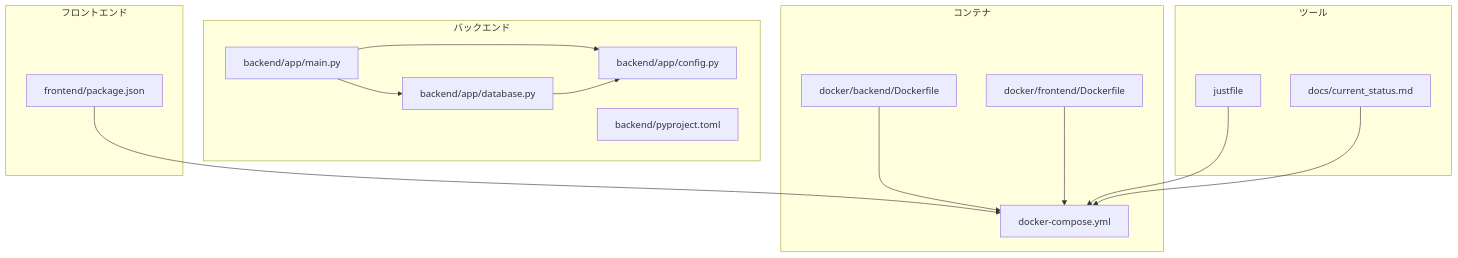
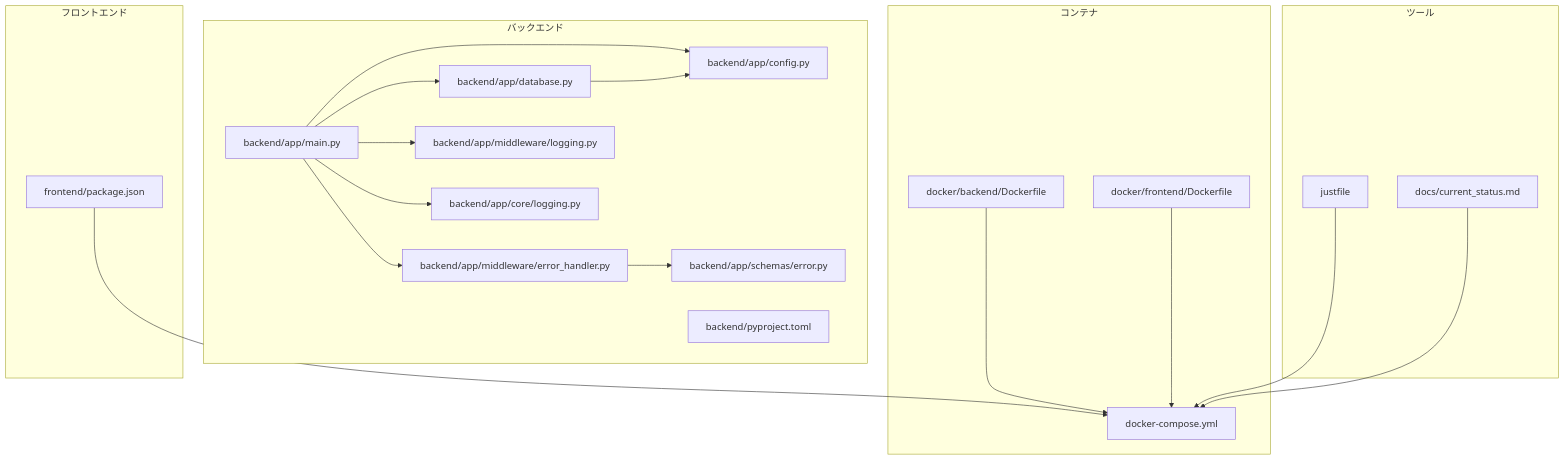
One commit to ss8806/Todos changed the first of 3 diagrams in .qoder/repowiki/ja/content/トラブルシューティング.md. Above: the diagram before and after it, drawn with Mermaid. The commit also changed other lines of this file and 6 other files, not shown here.

````diff
--- a/.qoder/repowiki/ja/content/トラブルシューティング.md
+++ b/.qoder/repowiki/ja/content/トラブルシューティング.md
@@ -35,29 +50,37 @@
 ```mermaid
 graph TB
 subgraph "バックエンド"
 BE_MAIN["backend/app/main.py"]
 BE_CONFIG["backend/app/config.py"]
 BE_DB["backend/app/database.py"]
 BE_PYPROJECT["backend/pyproject.toml"]
+BE_ERROR_HANDLER["backend/app/middleware/error_handler.py"]
+BE_LOGGING_MIDDLEWARE["backend/app/middleware/logging.py"]
+BE_ERROR_SCHEMA["backend/app/schemas/error.py"]
+BE_CORE_LOGGING["backend/app/core/logging.py"]
 end
 subgraph "フロントエンド"
 FE_PKG["frontend/package.json"]
 end
 subgraph "コンテナ"
 DOCKER_BE["docker/backend/Dockerfile"]
 DOCKER_FE["docker/frontend/Dockerfile"]
 COMPOSE["docker-compose.yml"]
 end
 subgraph "ツール"
 JUST["justfile"]
 DOCS["docs/current_status.md"]
 end
 BE_MAIN --> BE_CONFIG
 BE_MAIN --> BE_DB
 BE_DB --> BE_CONFIG
+BE_MAIN --> BE_ERROR_HANDLER
+BE_MAIN --> BE_LOGGING_MIDDLEWARE
+BE_ERROR_HANDLER --> BE_ERROR_SCHEMA
+BE_MAIN --> BE_CORE_LOGGING
 FE_PKG --> COMPOSE
 DOCKER_BE --> COMPOSE
 DOCKER_FE --> COMPOSE
 JUST --> COMPOSE
 DOCS --> COMPOSE
 ```
````
